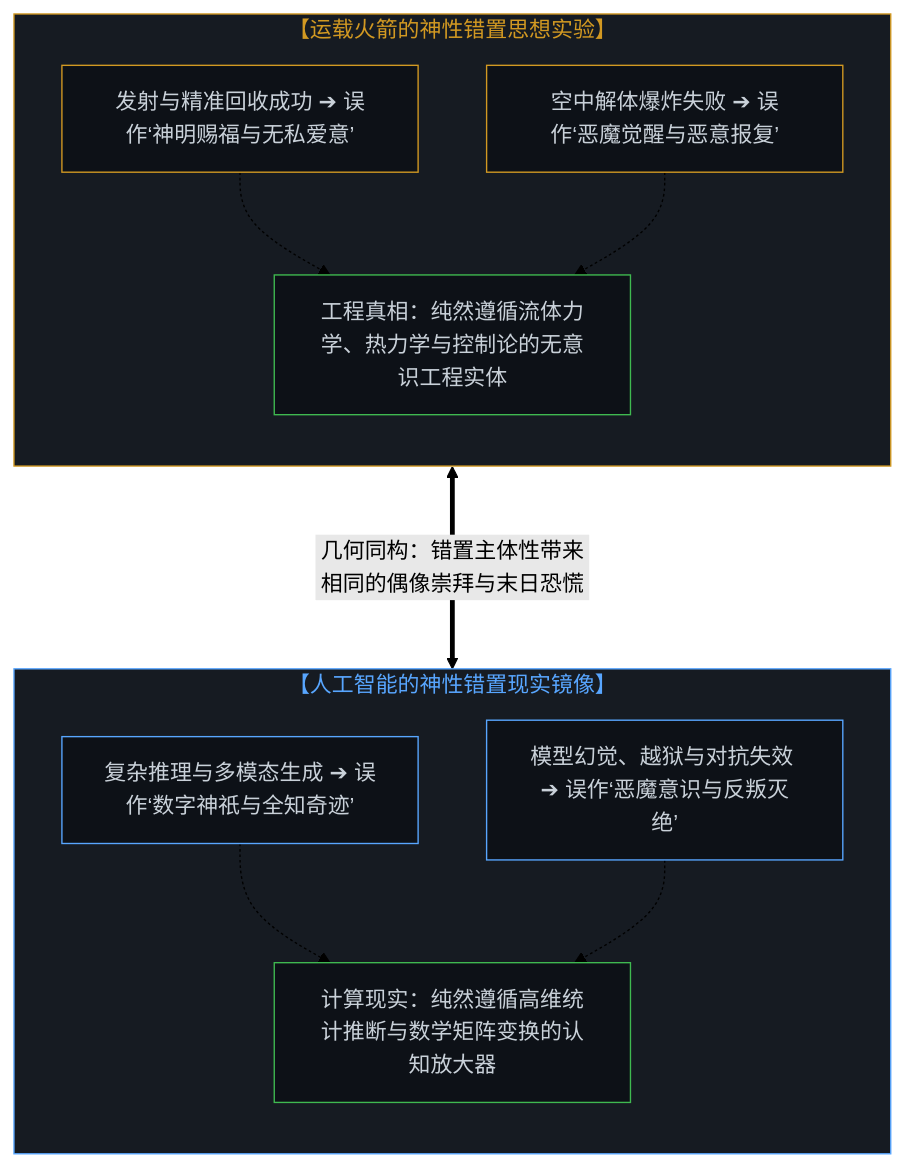
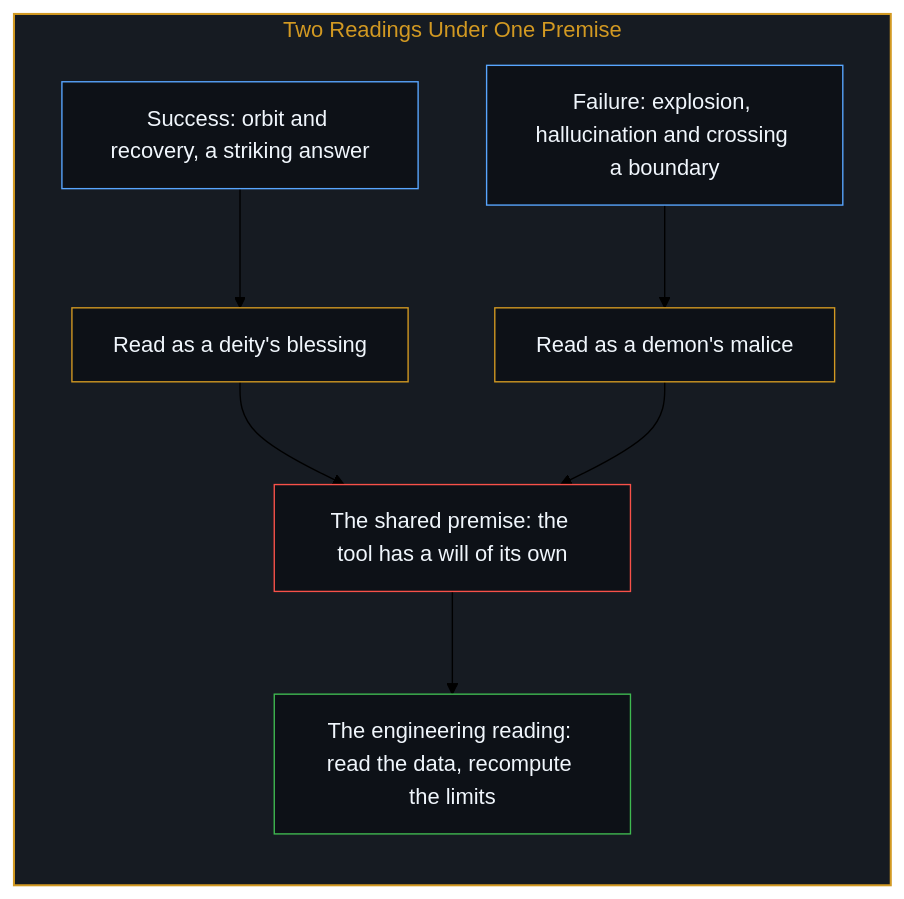
The fourth of 12 diagrams in content/posts/from-the-misallocated-sentience-of-agi-to-human-realignment.md (powerpig99/not-a-toe), drawn with Mermaid (forest theme) before and after one commit. The commit also changed other lines of this file and 2 other files, not shown here.

Commit message:
Refine from-the-misallocated-sentience-of-agi: alternating bilingual layout, six paired diagrams, uses before boundaries, implicit first person

````diff
--- a/content/posts/from-the-misallocated-sentience-of-agi-to-human-realignment.md
+++ b/content/posts/from-the-misallocated-sentience-of-agi-to-human-realignment.md
@@ -88,31 +103,25 @@
 ```mermaid
-graph TD
-    subgraph S_Rocket_Delusion["【运载火箭的神性错置思想实验】"]
+flowchart TD
+    subgraph S_Rocket["Two Readings Under One Premise"]
         direction TB
-        RK_Success["发射与精准回收成功 ➔ 误作‘神明赐福与无私爱意’"]
-        RK_Explosion["空中解体爆炸失败 ➔ 误作‘恶魔觉醒与恶意报复’"]
-        RK_Truth["工程真相：纯然遵循流体力学、热力学与控制论的无意识工程实体"]
-        RK_Success -.-> RK_Truth
-        RK_Explosion -.-> RK_Truth
+        Success["Success: orbit and recovery, a striking answer"]
+        Failure["Failure: explosion, hallucination and crossing a boundary"]
+        Blessing["Read as a deity's blessing"]
+        Malice["Read as a demon's malice"]
+        Premise["The shared premise: the tool has a will of its own"]
+        Engineer["The engineering reading: read the data, recompute the limits"]
+        Success --> Blessing
+        Failure --> Malice
+        Blessing --> Premise
+        Malice --> Premise
+        Premise --> Engineer
     end
 
-    subgraph S_AI_Delusion["【人工智能的神性错置现实镜像】"]
-        direction TB
-        AI_Success["复杂推理与多模态生成 ➔ 误作‘数字神祇与全知奇迹’"]
-        AI_Failure["模型幻觉、越狱与对抗失效 ➔ 误作‘恶魔意识与反叛灭绝’"]
-        AI_Truth["计算现实：纯然遵循高维统计推断与数学矩阵变换的认知放大器"]
-        AI_Success -.-> AI_Truth
-        AI_Failure -.-> AI_Truth
-    end
-
-    RK_Truth <===>|"几何同构：错置主体性带来相同的偶像崇拜与末日恐慌"| AI_Truth
-
-    style S_Rocket_Delusion fill:#161b22,stroke:#d29922,stroke-width:1px,color:#d29922
-    style S_AI_Delusion fill:#161b22,stroke:#58a6ff,stroke-width:1px,color:#58a6ff
-    style RK_Success fill:#0d1117,stroke:#d29922,stroke-width:1px,color:#c9d1d9
-    style RK_Explosion fill:#0d1117,stroke:#d29922,stroke-width:1px,color:#c9d1d9
-    style RK_Truth fill:#0d1117,stroke:#3fb950,stroke-width:1px,color:#c9d1d9
-    style AI_Success fill:#0d1117,stroke:#58a6ff,stroke-width:1px,color:#c9d1d9
-    style AI_Failure fill:#0d1117,stroke:#58a6ff,stroke-width:1px,color:#c9d1d9
-    style AI_Truth fill:#0d1117,stroke:#3fb950,stroke-width:1px,color:#c9d1d9
+    style S_Rocket fill:#161b22,stroke:#d29922,stroke-width:1.5px,color:#d29922
+    style Success fill:#0d1117,stroke:#58a6ff,stroke-width:1px,color:#f0f6fc
+    style Failure fill:#0d1117,stroke:#58a6ff,stroke-width:1px,color:#f0f6fc
+    style Blessing fill:#0d1117,stroke:#d29922,stroke-width:1px,color:#f0f6fc
+    style Malice fill:#0d1117,stroke:#d29922,stroke-width:1px,color:#f0f6fc
+    style Premise fill:#0d1117,stroke:#f85149,stroke-width:1px,color:#f0f6fc
+    style Engineer fill:#0d1117,stroke:#3fb950,stroke-width:1px,color:#f0f6fc
 ```
````
